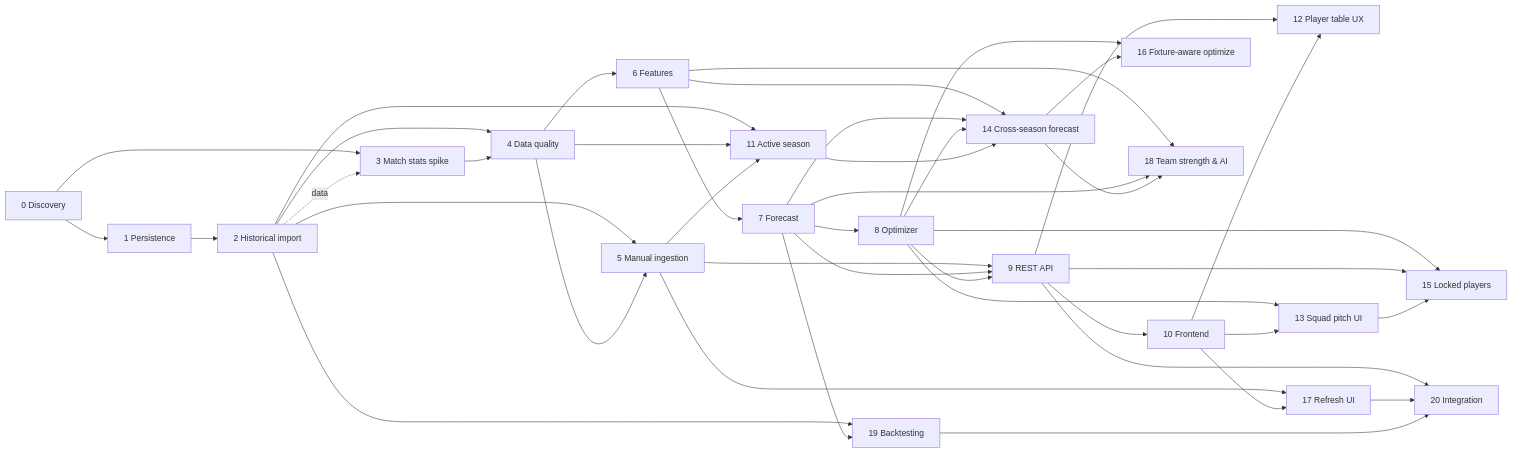
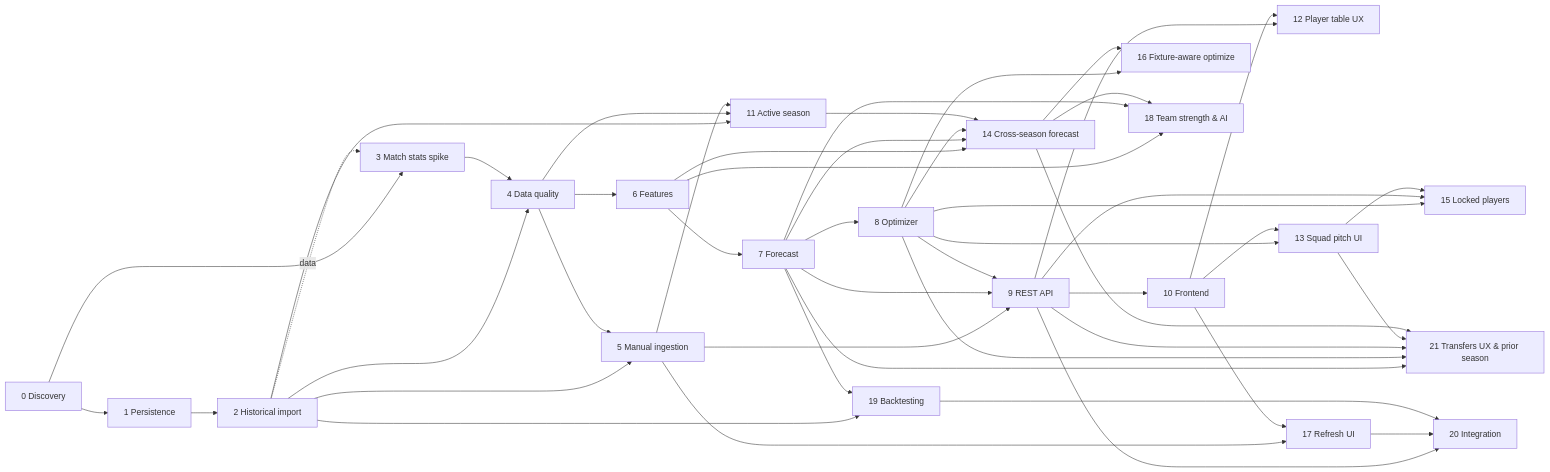
The diagram in docs/development-plan.md (smokebeliu/fantasy-analytic), drawn with Mermaid before and after one commit. The commit also changed other lines of this file and 3 other files, not shown here.

````diff
--- a/docs/development-plan.md
+++ b/docs/development-plan.md
@@ -137,44 +140,49 @@
 ```mermaid
 flowchart LR
     S0[0 Discovery] --> S1[1 Persistence]
     S0 --> S3[3 Match stats spike]
     S1 --> S2[2 Historical import]
     S2 -. data .-> S3
     S2 --> S4[4 Data quality]
     S3 --> S4
     S2 --> S5[5 Manual ingestion]
     S4 --> S5
     S4 --> S6[6 Features]
     S6 --> S7[7 Forecast]
     S7 --> S8[8 Optimizer]
     S5 --> S9[9 REST API]
     S7 --> S9
     S8 --> S9
     S9 --> S10[10 Frontend]
     S2 --> S11[11 Active season]
     S4 --> S11
     S5 --> S11
     S9 --> S12[12 Player table UX]
     S10 --> S12
     S8 --> S13[13 Squad pitch UI]
     S10 --> S13
     S6 --> S14[14 Cross-season forecast]
     S7 --> S14
     S8 --> S14
     S11 --> S14
     S8 --> S15[15 Locked players]
     S9 --> S15
     S13 --> S15
     S8 --> S16[16 Fixture-aware optimize]
     S14 --> S16
     S5 --> S17[17 Refresh UI]
     S10 --> S17
     S6 --> S18[18 Team strength & AI]
     S7 --> S18
     S14 --> S18
     S2 --> S19[19 Backtesting]
     S7 --> S19
     S9 --> S20[20 Integration]
     S17 --> S20
     S19 --> S20
+    S7 --> S21[21 Transfers UX & prior season]
+    S8 --> S21
+    S9 --> S21
+    S13 --> S21
+    S14 --> S21
 ```
````
